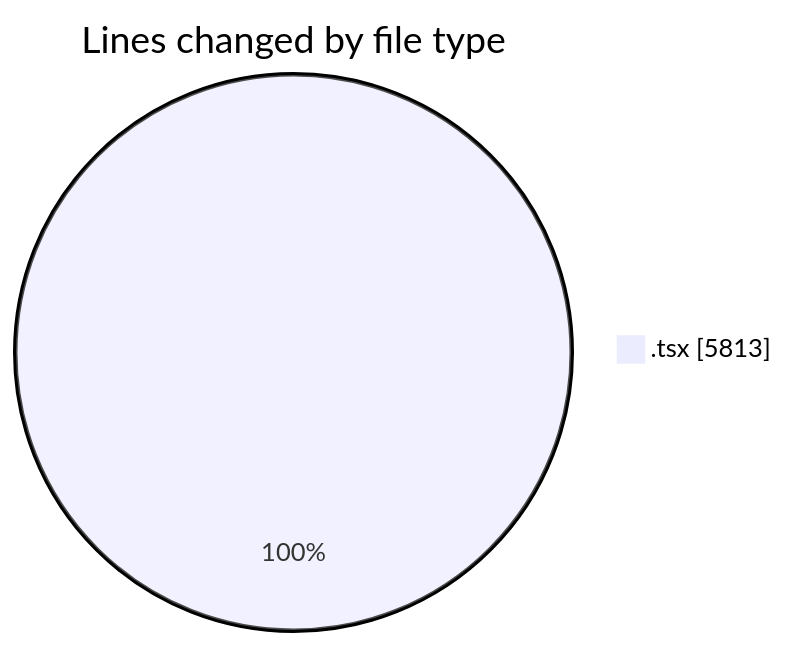
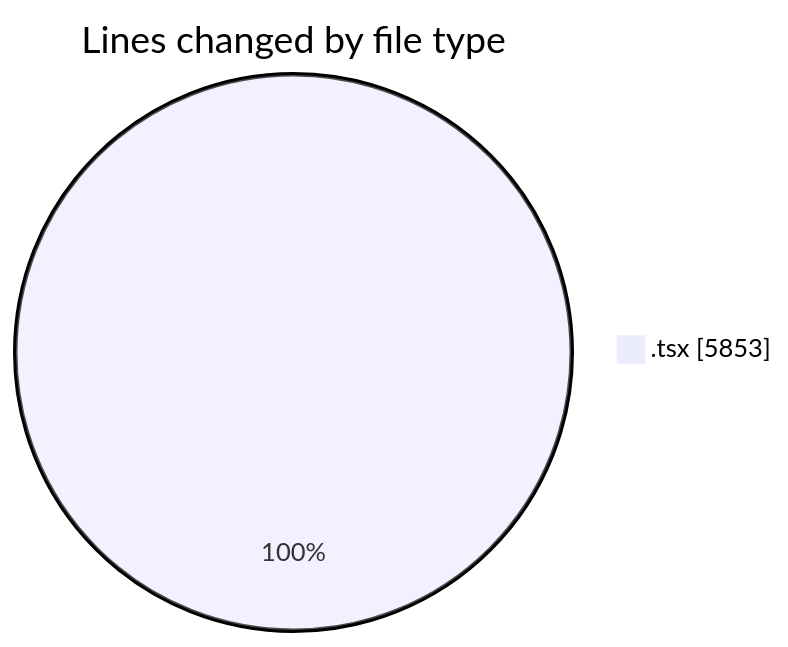
The first of 2 diagrams in 2025-12-04/cda/README.md (momahboobian/code-tracking), drawn with Mermaid before and after one commit. The commit also changed other lines of this file and 1 other file, not shown here.

````diff
--- a/2025-12-04/cda/README.md
+++ b/2025-12-04/cda/README.md
@@ -22,5 +22,5 @@
 ```mermaid
 pie showData
 title Lines changed by file type
-".tsx" : 5813
+".tsx" : 5853
 ```
````
